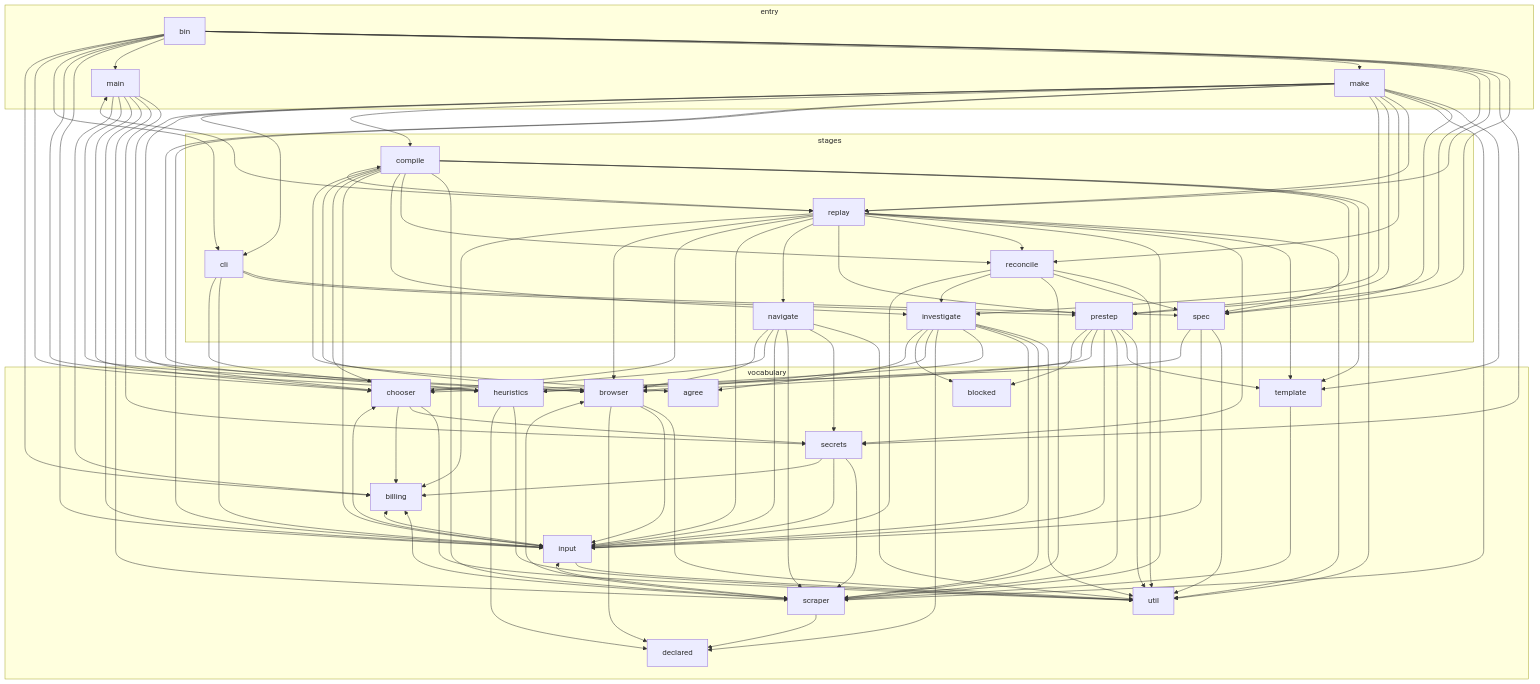
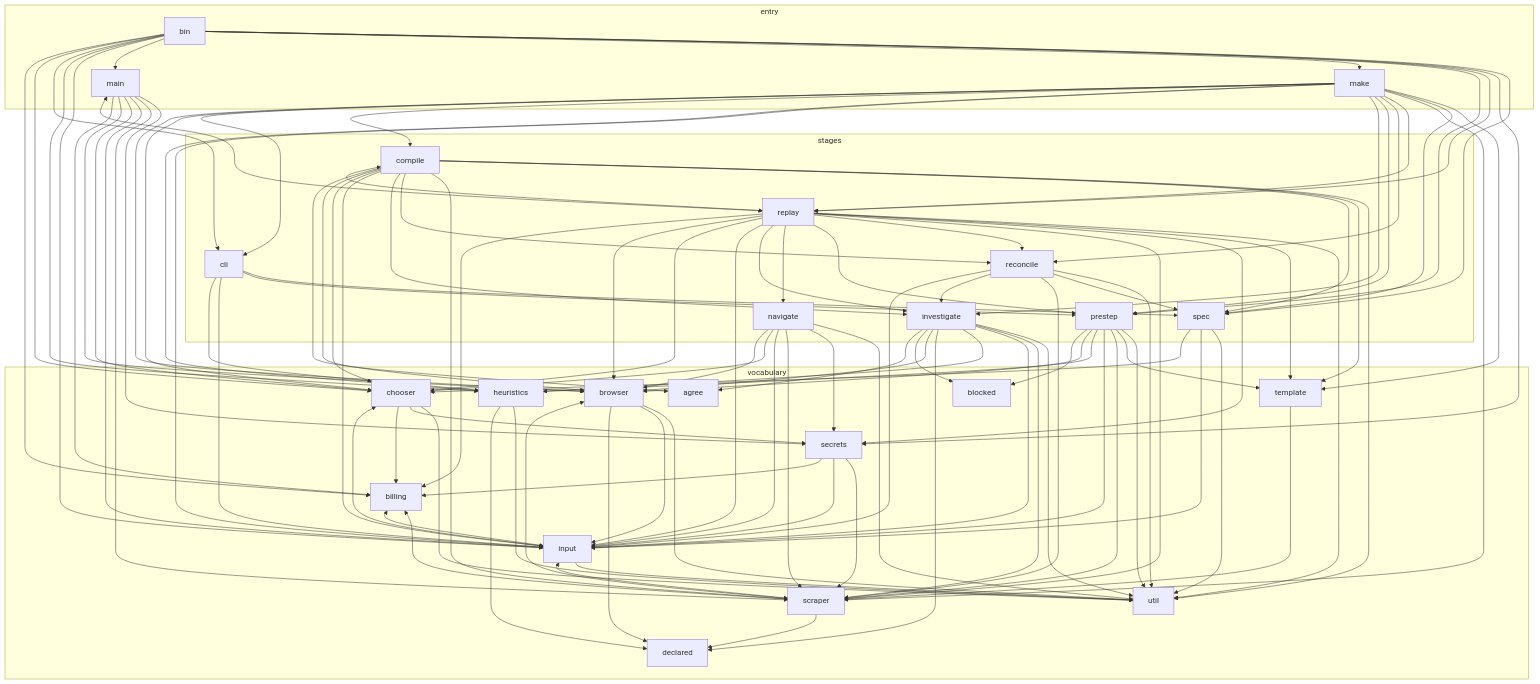
Before and after one commit to fellowship-dev/navvi: the diagram in docs/architecture.md, drawn with Mermaid. The commit also changed 5 other files, not shown here.

```diff
--- a/docs/architecture.md
+++ b/docs/architecture.md
@@ -139,6 +139,7 @@
   replay --> browser
   replay --> chooser
   replay --> input
+  replay --> investigate
   replay --> navigate
   replay --> prestep
   replay --> reconcile
```
